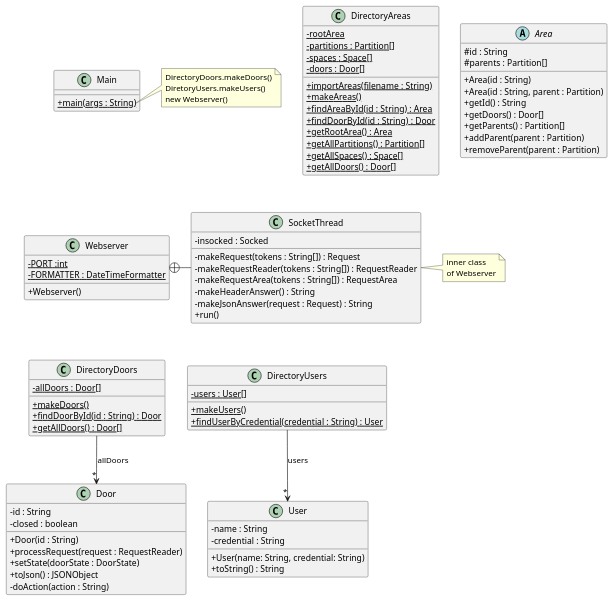
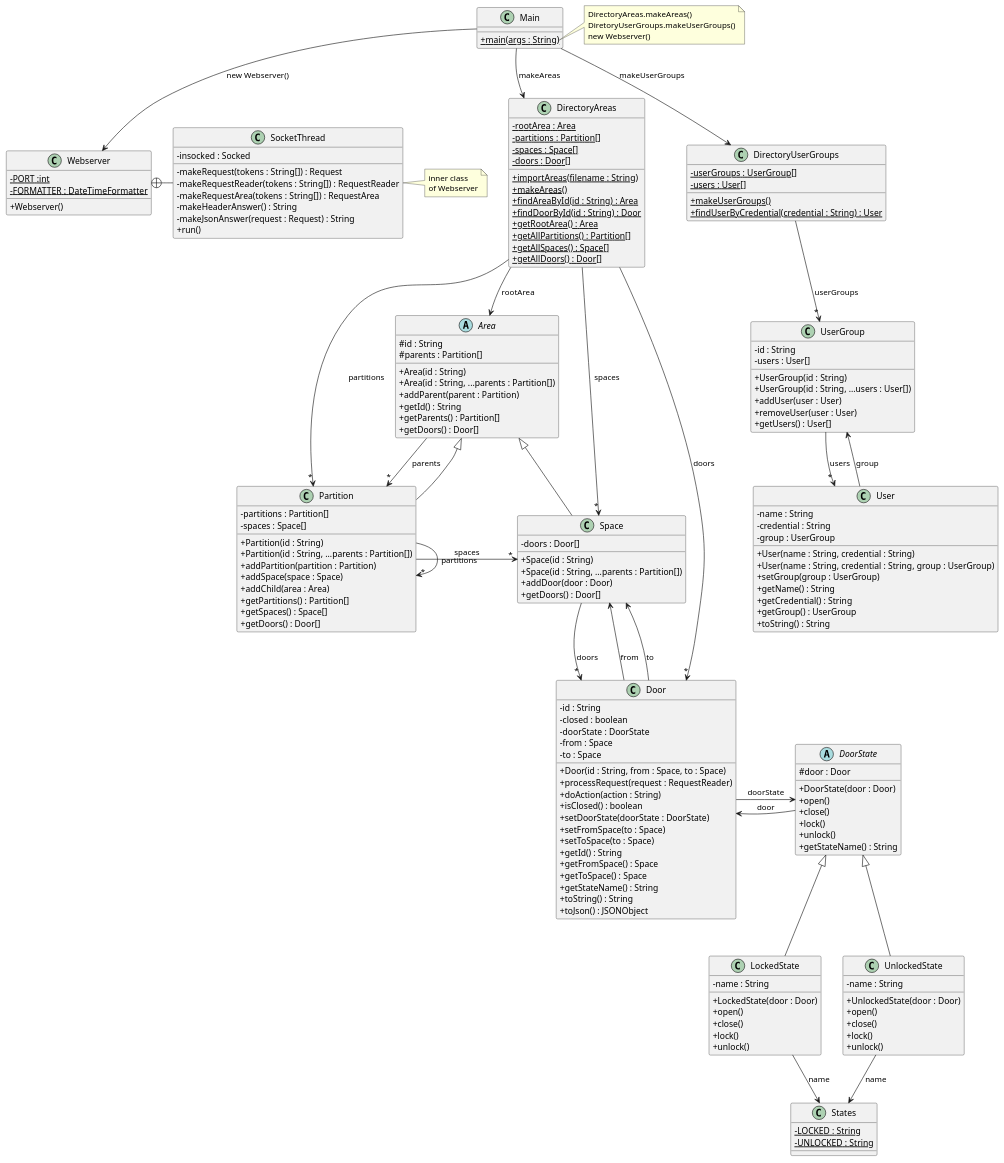
One commit to joan667/Acces_Control changed the diagram in src/baseNoStates/uml/base_no_states.puml. Above: the diagram before and after it, drawn with PlantUML. The commit also changed 11 other files, not shown here.

Commit message:
UML and documentation

```diff
--- a/src/baseNoStates/uml/base_no_states.puml
+++ b/src/baseNoStates/uml/base_no_states.puml
@@ -1,6 +1,10 @@
 @startuml
 'https://plantuml.com/class-diagram
 skinparam classAttributeIconSize 0
+
+class Main {
++ {static} main(args : String)
+}
 
 class Webserver {
 - {static} PORT :int
@@ -25,59 +29,56 @@
 of Webserver
 end note
 
-class DirectoryDoors {
-- {static} allDoors : Door[]
-+ {static} makeDoors()
-+ {static} findDoorById(id : String) : Door
-+ {static} getAllDoors() : Door[]
-}
+'class DirectoryDoors {
+'- {static} allDoors : Door[]
+'+ {static} makeDoors()
+'+ {static} findDoorById(id : String) : Door
+'+ {static} getAllDoors() : Door[]
+'}
 
-DirectoryDoors --> "*" Door : "allDoors"
+'DirectoryDoors --> "*" Door : "allDoors"
 
-class DirectoryUsers {
-- {static} users : User[]
-+ {static} makeUsers()
-+ {static} findUserByCredential(credential : String) : User
-}
+'class DirectoryUsers {
+'- {static} users : User[]
+'+ {static} makeUsers()
+'+ {static} findUserByCredential(credential : String) : User
+'}
+'
+'DirectoryUsers --> "*" User : "users"
 
-DirectoryUsers --> "*" User : "users"
-
-class Door {
-- id : String
-- closed : boolean
-+ Door(id : String)
-+ processRequest(request : RequestReader)
-+ setState(doorState : DoorState)
-+ toJson() : JSONObject
+'class Door {
+'- id : String
+'- closed : boolean
+'+ Door(id : String)
+'+ processRequest(request : RequestReader)
+'+ setState(doorState : DoorState)
+'+ toJson() : JSONObject
 '+ toString() : String
 '+ isClosed() :boolean
 '+ setClosed(b : boolean)
 '+ getStateName() : String
-- doAction(action : String)
-}
+'- doAction(action : String)
+'}
 
 
-class User {
-- name : String
-- credential : String
-+ User(name: String, credential: String)
-+ toString() : String
-}
-
-
-class Main {
-+ {static} main(args : String)
-}
+'class User {
+'- name : String
+'- credential : String
+'+ User(name: String, credential: String)
+'+ toString() : String
+'}
 
 note right of Main::main
-DirectoryDoors.makeDoors()
-DiretoryUsers.makeUsers()
+DirectoryAreas.makeAreas()
+DiretoryUserGroups.makeUserGroups()
 new Webserver()
 end note
 
+Main --> Webserver : "new Webserver()"
+
 Main -[hidden]down- Webserver
-Webserver -[hidden]down- DirectoryDoors
-DirectoryDoors -[hidden]right- DirectoryUsers
+'Webserver -[hidden]down- DirectoryDoors
+'DirectoryDoors -[hidden]right- DirectoryUsers
 
 
 
@@ -85,7 +86,7 @@
 'CUSTOM UML
 
 static class DirectoryAreas {
-- {static} rootArea
+- {static} rootArea : Area
 - {static} partitions : Partition[]
 - {static} spaces : Space[]
 - {static} doors : Door[]
@@ -99,17 +100,157 @@
 + {static} getAllDoors() : Door[]
 }
 
+Main --> DirectoryAreas : "makeAreas"
+DirectoryAreas --> Area : "rootArea"
+DirectoryAreas --> "*" Partition : "partitions"
+DirectoryAreas --> "*" Space : "spaces"
+DirectoryAreas --> "*" Door : "doors"
+
 abstract class Area {
 # id : String
 # parents : Partition[]
 + Area(id : String)
-+ Area(id : String, parent : Partition)
++ Area(id : String, ...parents : Partition[])
++ addParent(parent : Partition)
 + getId() : String
++ getParents() : Partition[]
 + getDoors() : Door[]
-+ getParents() : Partition[]
-+ addParent(parent : Partition)
-+ removeParent(parent : Partition)
 }
 
+Area --> "*" Partition : "parents"
+
+class Partition extends Area {
+- partitions : Partition[]
+- spaces : Space[]
++ Partition(id : String)
++ Partition(id : String, ...parents : Partition[])
++ addPartition(partition : Partition)
++ addSpace(space : Space)
++ addChild(area : Area)
++ getPartitions() : Partition[]
++ getSpaces() : Space[]
++ getDoors() : Door[]
+}
+
+Partition --> "*" Partition : "partitions"
+Partition --> "*" Space : "spaces"
+
+class Space extends Area {
+- doors : Door[]
++ Space(id : String)
++ Space(id : String, ...parents : Partition[])
++ addDoor(door : Door)
++ getDoors() : Door[]
+}
+
+Space --> "*" Door : "doors"
+
+class Door {
+- id : String
+- closed : boolean
+- doorState : DoorState
+- from : Space
+- to : Space
++ Door(id : String, from : Space, to : Space)
++ processRequest(request : RequestReader)
++ doAction(action : String)
++ isClosed() : boolean
++ setDoorState(doorState : DoorState)
++ setFromSpace(to : Space)
++ setToSpace(to : Space)
++ getId() : String
++ getFromSpace() : Space
++ getToSpace() : Space
++ getStateName() : String
++ toString() : String
++ toJson() : JSONObject
+}
+
+Door --> DoorState : "doorState"
+Door --> Space : "from"
+Door --> Space : "to"
+
+abstract class DoorState {
+# door : Door
++ DoorState(door : Door)
++ open()
++ close()
++ lock()
++ unlock()
++ getStateName() : String
+}
+
+DoorState --> Door : "door"
+
+static class States {
+- {static} LOCKED : String
+- {static} UNLOCKED : String
+}
+
+class LockedState extends DoorState {
+- name : String
++ LockedState(door : Door)
++ open()
++ close()
++ lock()
++ unlock()
+}
+
+class UnlockedState extends DoorState {
+- name : String
++ UnlockedState(door : Door)
++ open()
++ close()
++ lock()
++ unlock()
+}
+
+LockedState --> States : name
+UnlockedState --> States : name
+
+
+static class DirectoryUserGroups {
+- {static} userGroups : UserGroup[]
+- {static} users : User[]
++ {static} makeUserGroups()
++ {static} findUserByCredential(credential : String) : User
+}
+
+Main --> DirectoryUserGroups : "makeUserGroups"
+DirectoryUserGroups --> "*" UserGroup : "userGroups"
+
+class UserGroup {
+- id : String
+- users : User[]
++ UserGroup(id : String)
++ UserGroup(id : String, ...users : User[])
++ addUser(user : User)
++ removeUser(user : User)
++ getUsers() : User[]
+}
+
+UserGroup --> "*" User : "users"
+
+class User {
+- name : String
+- credential : String
+- group : UserGroup
++ User(name : String, credential : String)
++ User(name : String, credential : String, group : UserGroup)
++ setGroup(group : UserGroup)
++ getName() : String
++ getCredential() : String
++ getGroup() : UserGroup
++ toString() : String
+}
+
+User --> UserGroup : "group"
+
+
+
+Main -[hidden]down- DirectoryAreas
+DirectoryAreas -[hidden]down- Area
+Partition -[hidden]right- Space
+DoorState -[hidden]right- Door
 
 @enduml
```
